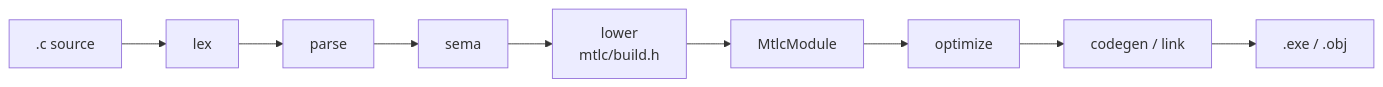
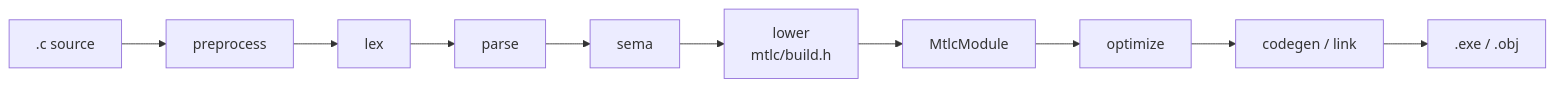
The first of 3 diagrams in README.md (marquisburg/m-c99), drawn with Mermaid before and after one commit. The commit also changed other lines of this file and 9 other files, not shown here.

````diff
--- a/README.md
+++ b/README.md
@@ -7,11 +7,12 @@
 ```mermaid
 flowchart LR
-  src[".c source"] --> lex[lex]
+  src[".c source"] --> pp[preprocess]
+  pp --> lex[lex]
   lex --> parse[parse]
   parse --> sema[sema]
   sema --> lower["lower<br/>mtlc/build.h"]
   lower --> ir[MtlcModule]
   ir --> opt[optimize]
   opt --> cg[codegen / link]
   cg --> out[".exe / .obj"]
 ```
````
